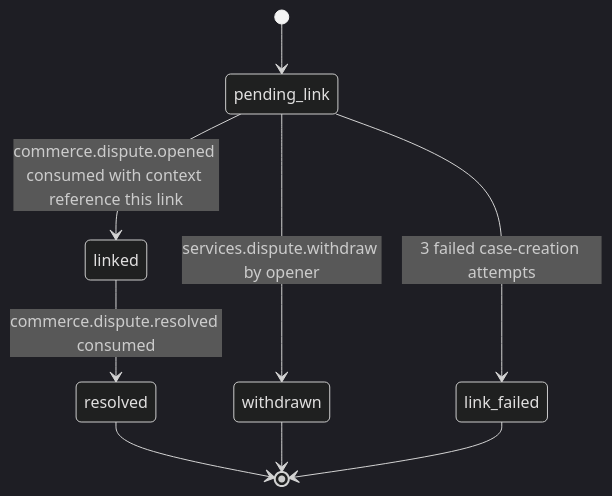
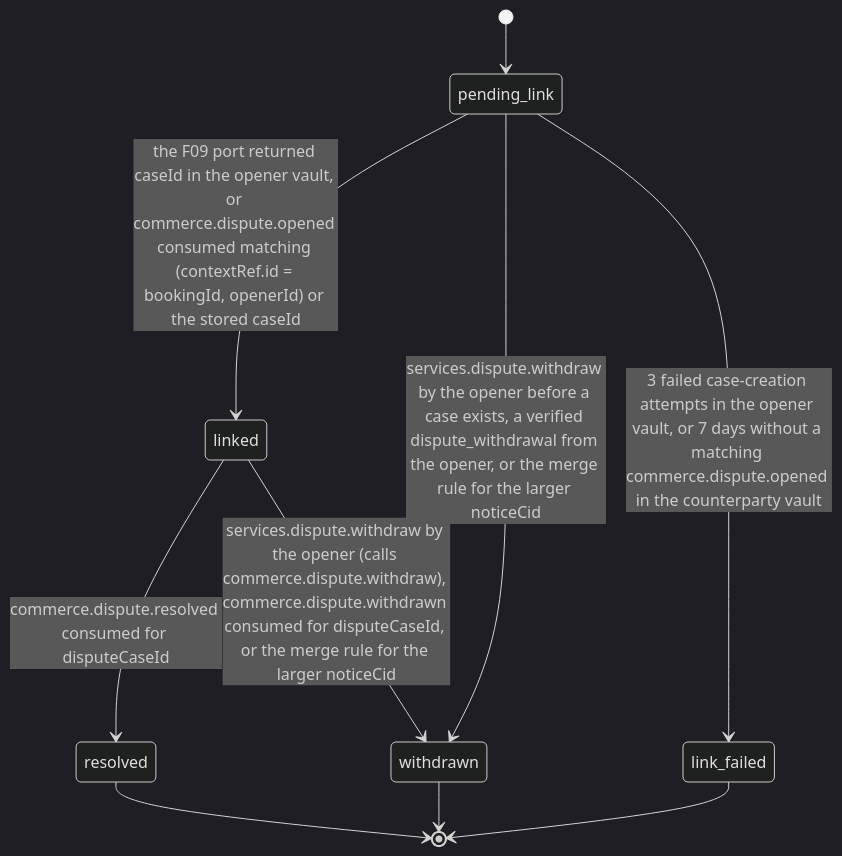
Before and after one commit to djshellshoxxx/CLASSifiedisRUPTed: the diagram in 03_Services/02_service_booking/mod_disputes/workflow_state_machine.md, drawn with Mermaid (dark theme). The commit also changed other lines of this file and 376 other files, not shown here.

````diff
--- a/03_Services/02_service_booking/mod_disputes/workflow_state_machine.md
+++ b/03_Services/02_service_booking/mod_disputes/workflow_state_machine.md
@@ -26,11 +27,12 @@
 ```mermaid
 stateDiagram-v2
   [*] --> pending_link
-  pending_link --> linked: commerce.dispute.opened consumed with context reference this link
-  pending_link --> withdrawn: services.dispute.withdraw by opener
-  pending_link --> link_failed: 3 failed case-creation attempts
-  linked --> resolved: commerce.dispute.resolved consumed
+  pending_link --> linked: the F09 port returned caseId in the opener vault, or commerce.dispute.opened consumed matching (contextRef.id = bookingId, openerId) or the stored caseId
+  pending_link --> withdrawn: services.dispute.withdraw by the opener before a case exists, a verified dispute_withdrawal from the opener, or the merge rule for the larger noticeCid
+  pending_link --> link_failed: 3 failed case-creation attempts in the opener vault, or 7 days without a matching commerce.dispute.opened in the counterparty vault
+  linked --> resolved: commerce.dispute.resolved consumed for disputeCaseId
+  linked --> withdrawn: services.dispute.withdraw by the opener (calls commerce.dispute.withdraw), commerce.dispute.withdrawn consumed for disputeCaseId, or the merge rule for the larger noticeCid
   resolved --> [*]
   withdrawn --> [*]
   link_failed --> [*]
 ```
````
